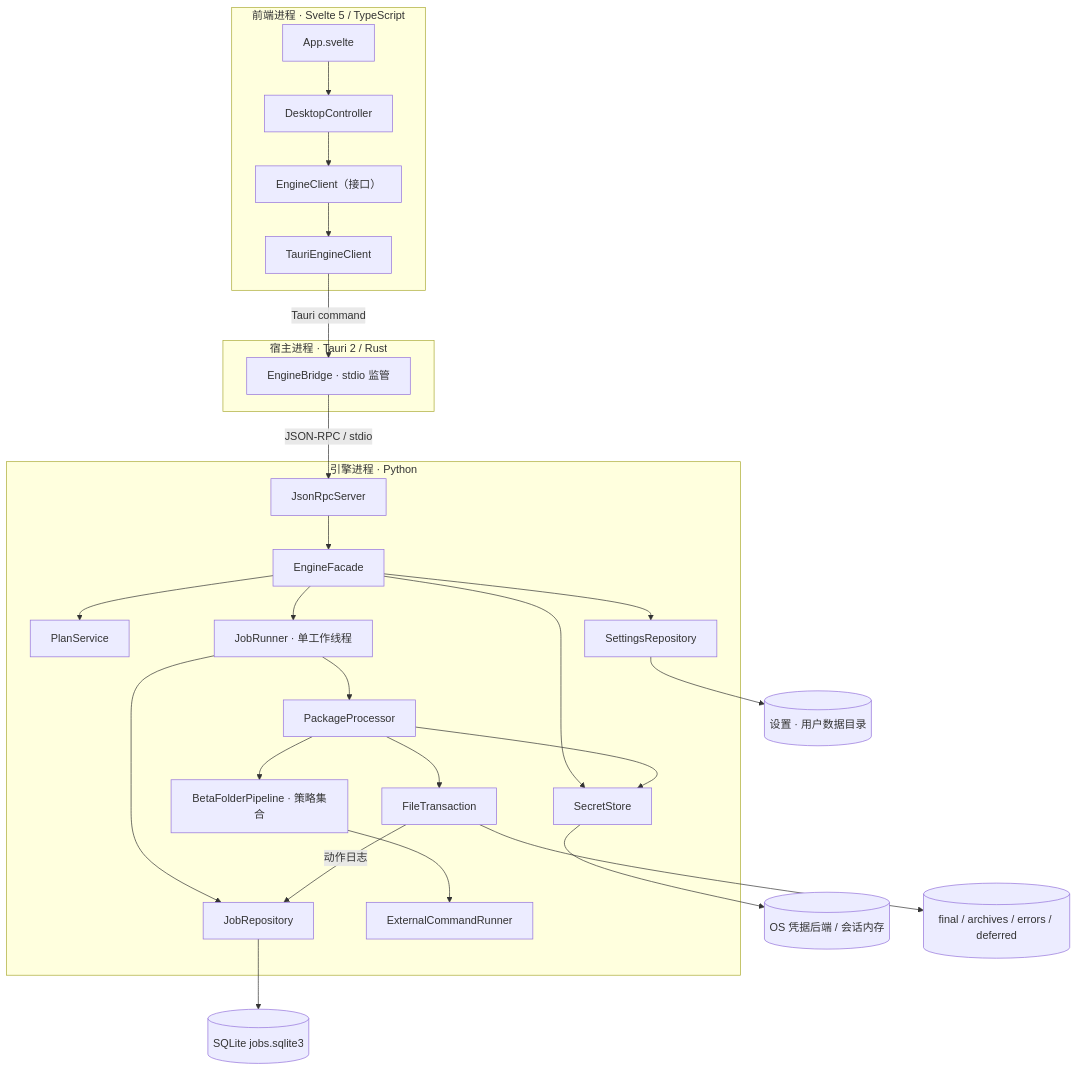
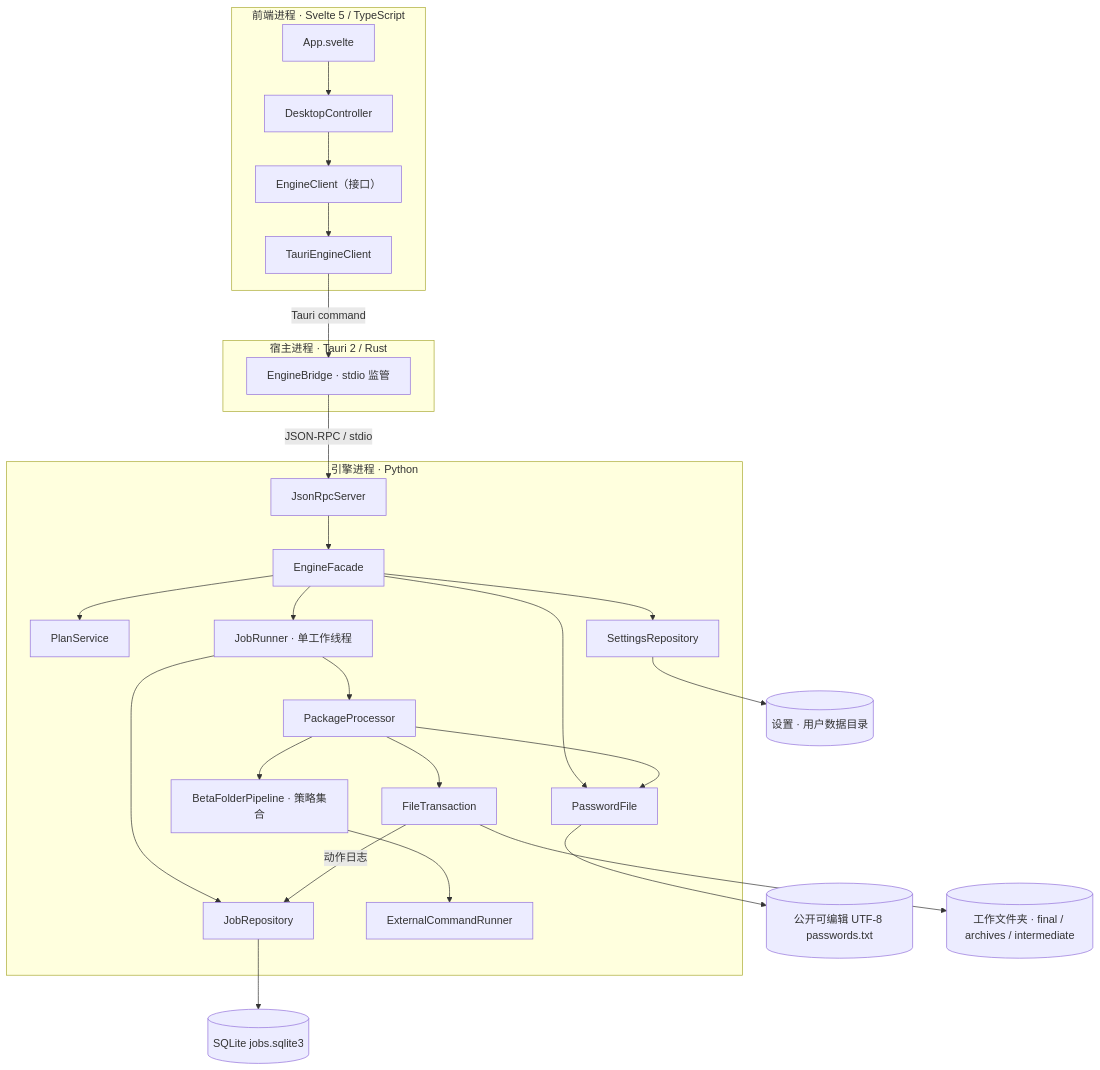
One commit to WOO-woo-Waf/reorder changed the diagram in docs/diagrams/modules.mmd. Above: the diagram before and after it, drawn with Mermaid. The commit also changed 46 other files, not shown here.

```diff
--- a/docs/diagrams/modules.mmd
+++ b/docs/diagrams/modules.mmd
@@ -1,44 +1,44 @@
 flowchart TB
   subgraph FE["前端进程 · Svelte 5 / TypeScript"]
     UI["App.svelte"]
     Controller["DesktopController"]
     Client["EngineClient（接口）"]
     Adapter["TauriEngineClient"]
   end
   subgraph HOST["宿主进程 · Tauri 2 / Rust"]
     Bridge["EngineBridge · stdio 监管"]
   end
   subgraph ENGINE["引擎进程 · Python"]
     Server["JsonRpcServer"]
     Facade["EngineFacade"]
     Planner["PlanService"]
     Jobs["JobRunner · 单工作线程"]
     Processor["PackageProcessor"]
     Files["FileTransaction"]
-    Secrets["SecretStore"]
+    Secrets["PasswordFile"]
     Settings["SettingsRepository"]
     Repo["JobRepository"]
     Pipeline["BetaFolderPipeline · 策略集合"]
     Runner["ExternalCommandRunner"]
   end
   UI --> Controller
   Controller --> Client
   Client --> Adapter
   Adapter -->|Tauri command| Bridge
   Bridge -->|JSON-RPC / stdio| Server
   Server --> Facade
   Facade --> Planner
   Facade --> Jobs
   Facade --> Settings
   Facade --> Secrets
   Jobs --> Processor
   Jobs --> Repo
   Processor --> Pipeline
   Processor --> Files
   Processor --> Secrets
   Files -->|动作日志| Repo
   Pipeline --> Runner
   Repo --> DB[("SQLite jobs.sqlite3")]
   Settings --> Cfg[("设置 · 用户数据目录")]
-  Secrets --> OS[("OS 凭据后端 / 会话内存")]
-  Files --> Out[("final / archives / errors / deferred")]
+  Secrets --> OS[("公开可编辑 UTF-8 passwords.txt")]
+  Files --> Out[("工作文件夹 · final / archives / intermediate")]
```
